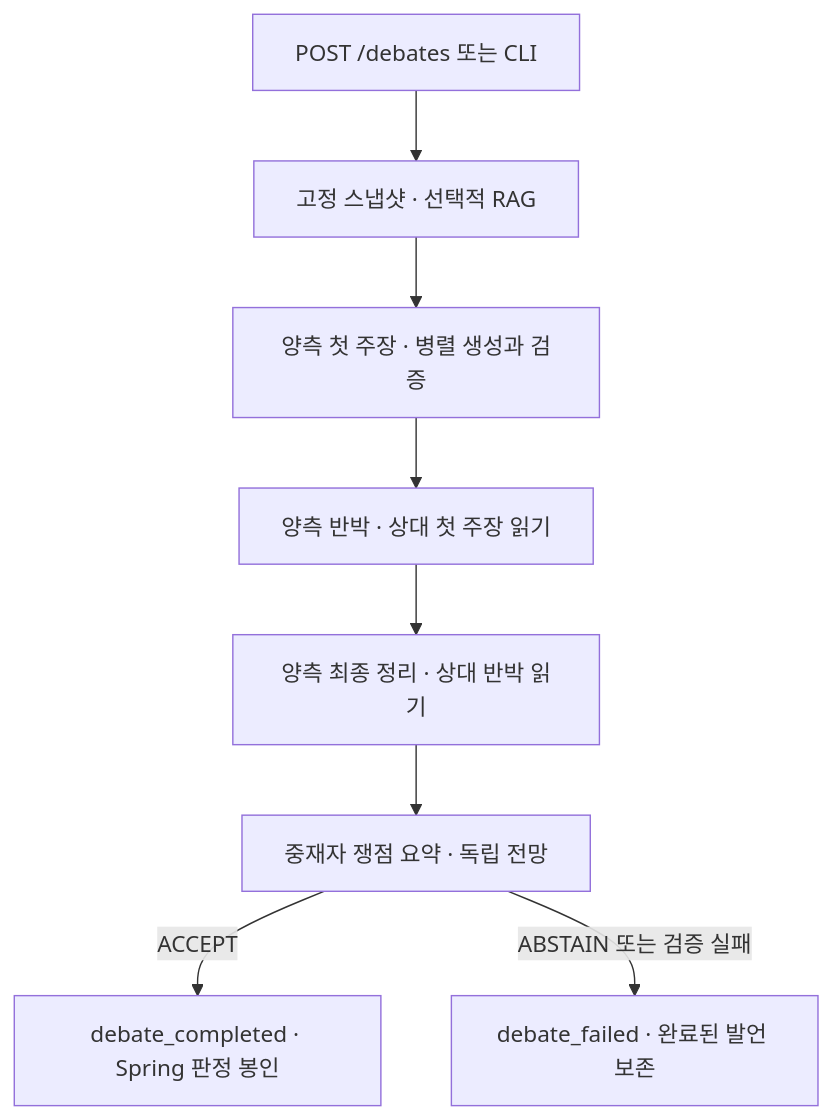
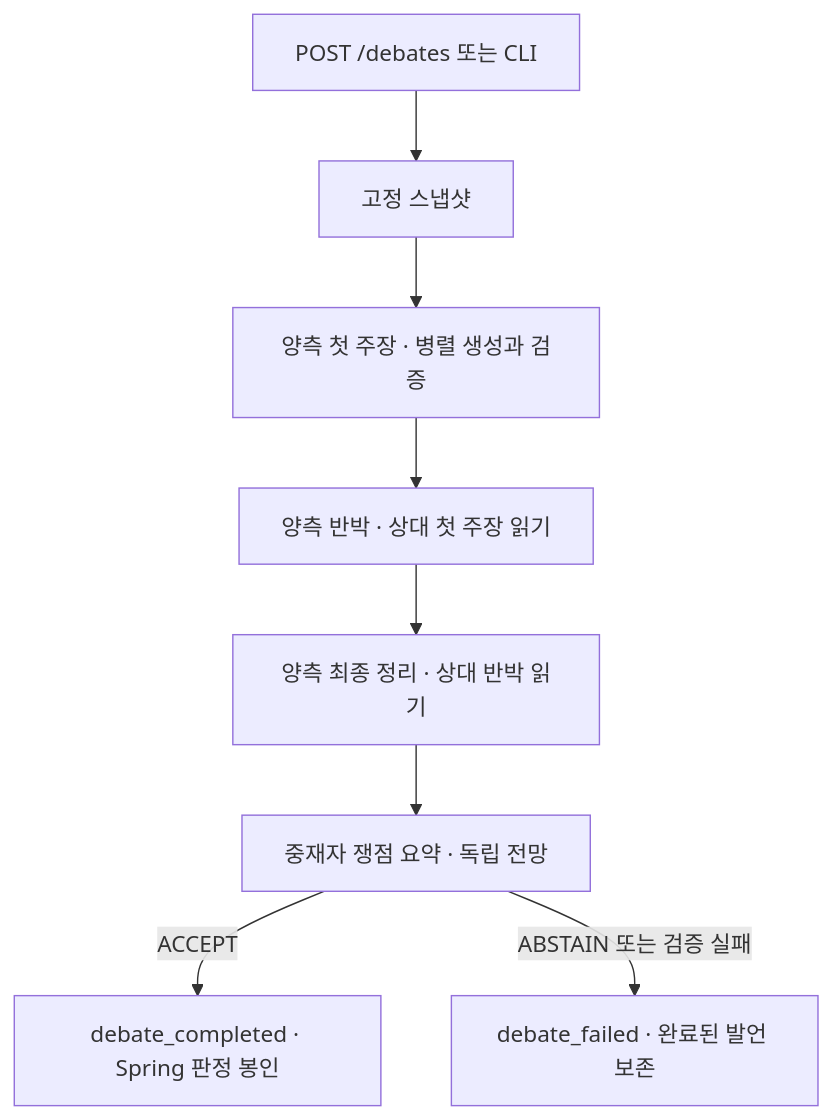
One commit to ricky00-dev/bull-and-bear changed the second of 2 diagrams in ai-worker/README.md. Above: the diagram before and after it, drawn with Mermaid. The commit also changed other lines of this file and 111 other files, not shown here.

````diff
--- a/ai-worker/README.md
+++ b/ai-worker/README.md
@@ -245,10 +231,10 @@
 ```mermaid
 flowchart TD
-    Request["POST /debates 또는 CLI"] --> Snapshot["고정 스냅샷 · 선택적 RAG"]
+    Request["POST /debates 또는 CLI"] --> Snapshot["고정 스냅샷"]
     Snapshot --> Opening["양측 첫 주장 · 병렬 생성과 검증"]
     Opening --> Rebuttal["양측 반박 · 상대 첫 주장 읽기"]
     Rebuttal --> Closing["양측 최종 정리 · 상대 반박 읽기"]
     Closing --> Moderator["중재자 쟁점 요약 · 독립 전망"]
     Moderator -->|ACCEPT| Done["debate_completed · Spring 판정 봉인"]
     Moderator -->|ABSTAIN 또는 검증 실패| Failed["debate_failed · 완료된 발언 보존"]
 ```
````
